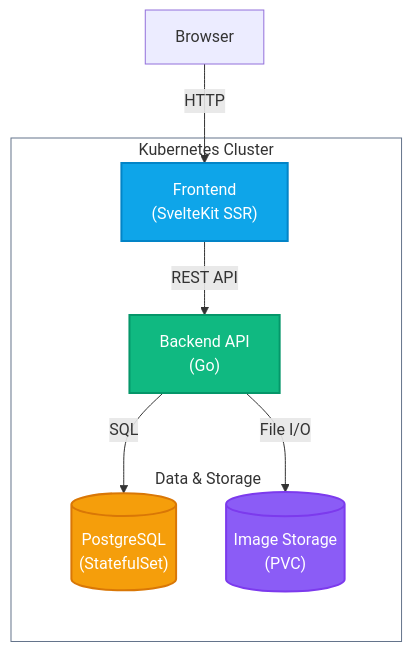
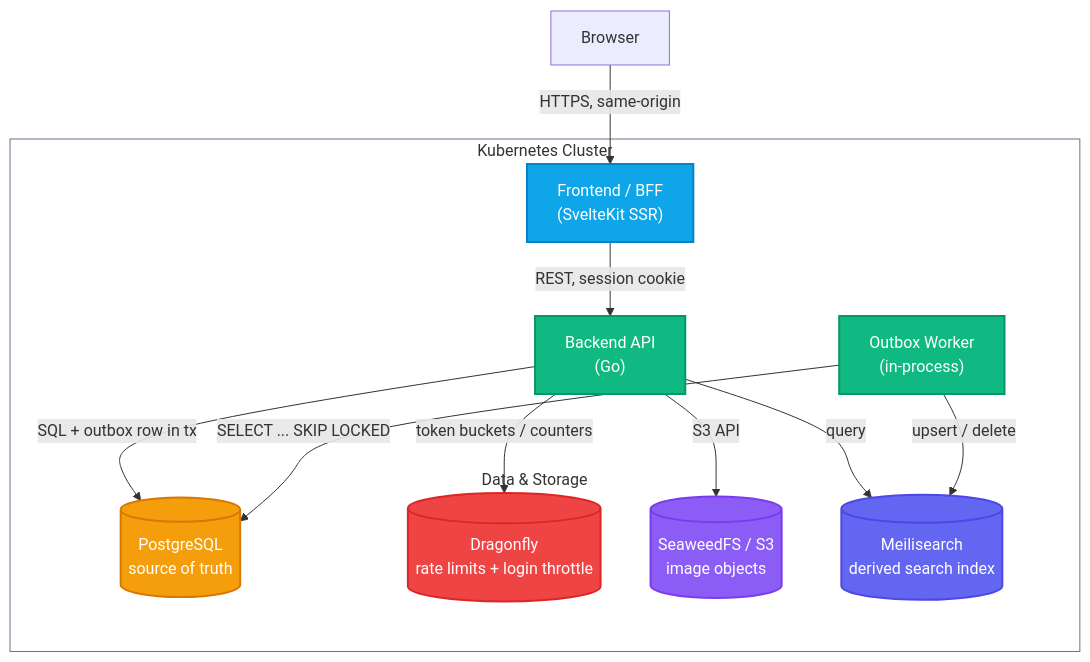
The diagram in README.md (robbdimitrov/pixelgram), drawn with Mermaid before and after one commit. The commit also changed other lines of this file and 1 other file, not shown here.

Commit message:
docs: revise readme architecture for search and infra

````diff
--- a/README.md
+++ b/README.md
@@ -18,27 +21,36 @@
 ```mermaid
 graph TD
     Browser["Browser"]
 
     subgraph cluster ["Kubernetes Cluster"]
-        Web["Frontend<br>(SvelteKit SSR)"]:::frontend
+        Web["Frontend / BFF<br>(SvelteKit SSR)"]:::frontend
         API["Backend API<br>(Go)"]:::backend
+        Worker["Outbox Worker<br>(in-process)"]:::backend
 
         subgraph data ["Data & Storage"]
-            DB[("PostgreSQL<br>(StatefulSet)")]:::database
-            Vol[("Image Storage<br>(PVC)")]:::storage
+            DB[("PostgreSQL<br>source of truth")]:::database
+            Cache[("Dragonfly<br>rate limits + login throttle")]:::cache
+            Blob[("SeaweedFS / S3<br>image objects")]:::storage
+            Search[("Meilisearch<br>derived search index")]:::search
         end
     end
 
-    Browser -->|HTTP| Web
-    Web -->|REST API| API
-    API -->|SQL| DB
-    API -->|File I/O| Vol
+    Browser -->|HTTPS, same-origin| Web
+    Web -->|REST, session cookie| API
+    API -->|SQL + outbox row in tx| DB
+    API -->|token buckets / counters| Cache
+    API -->|S3 API| Blob
+    API -->|query| Search
+    Worker -->|SELECT ... SKIP LOCKED| DB
+    Worker -->|upsert / delete| Search
 
     classDef frontend fill:#0ea5e9,stroke:#0284c7,stroke-width:2px,color:#fff
     classDef backend fill:#10b981,stroke:#059669,stroke-width:2px,color:#fff
     classDef database fill:#f59e0b,stroke:#d97706,stroke-width:2px,color:#fff
     classDef storage fill:#8b5cf6,stroke:#7c3aed,stroke-width:2px,color:#fff
+    classDef cache fill:#ef4444,stroke:#dc2626,stroke-width:2px,color:#fff
+    classDef search fill:#6366f1,stroke:#4f46e5,stroke-width:2px,color:#fff
 
     style cluster fill:transparent,stroke:#64748b
     style data fill:transparent,stroke:transparent
 ```
````
